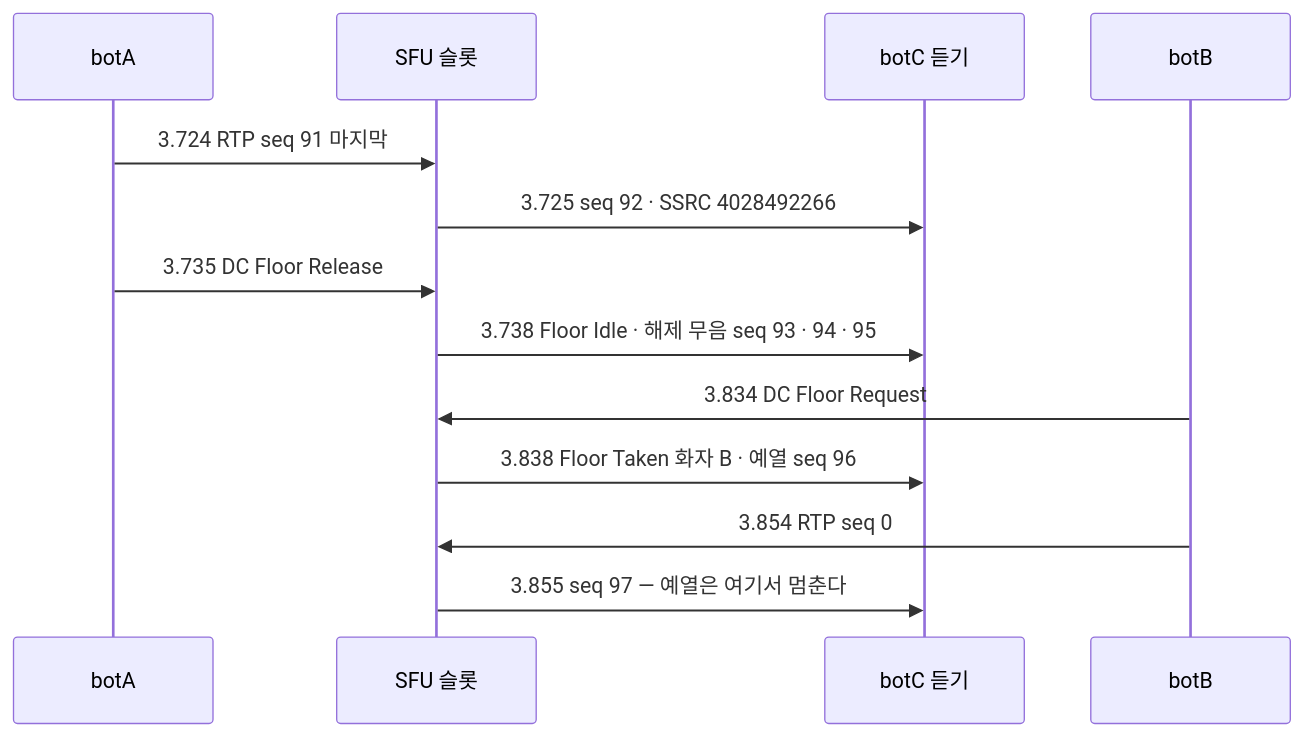
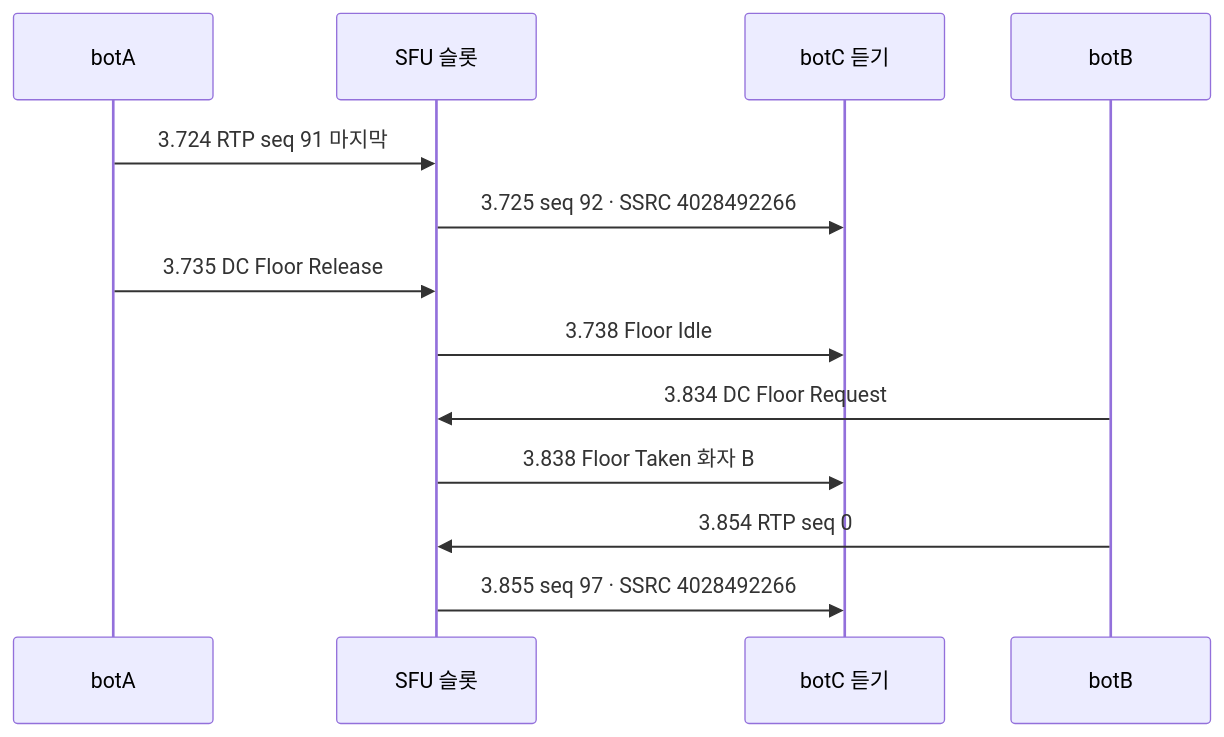
The second of 4 diagrams in docs/learn/08_SLOT_SPEAKER.md (kodeholic9/oxlens-sfu), drawn with Mermaid before and after one commit. The commit also changed other lines of this file and 37 other files, not shown here.

````diff
--- a/docs/learn/08_SLOT_SPEAKER.md
+++ b/docs/learn/08_SLOT_SPEAKER.md
@@ -54,15 +53,15 @@
 ```mermaid
 sequenceDiagram
   participant A as botA
   participant S as SFU 슬롯
   participant C as botC 듣기
   participant B as botB
   A->>S: 3.724 RTP seq 91 마지막
   S->>C: 3.725 seq 92 · SSRC 4028492266
   A->>S: 3.735 DC Floor Release
-  S->>C: 3.738 Floor Idle · 해제 무음 seq 93 · 94 · 95
+  S->>C: 3.738 Floor Idle
   B->>S: 3.834 DC Floor Request
-  S->>C: 3.838 Floor Taken 화자 B · 예열 seq 96
+  S->>C: 3.838 Floor Taken 화자 B
   B->>S: 3.854 RTP seq 0
-  S->>C: 3.855 seq 97 — 예열은 여기서 멈춘다
+  S->>C: 3.855 seq 97 · SSRC 4028492266
 ```
````
